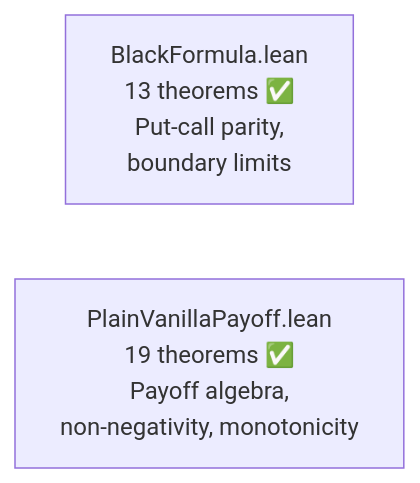
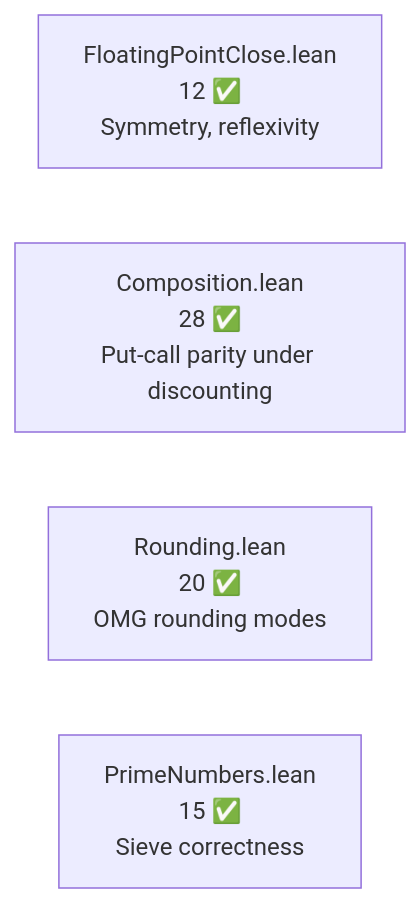
Before and after one commit to dsyme/QuantLib: the sixth of 8 diagrams in formal-verification/REPORT.md, drawn with Mermaid. The commit also changed other lines of this file and 1 other file, not shown here.

````diff
--- a/formal-verification/REPORT.md
+++ b/formal-verification/REPORT.md
@@ -162,5 +142,7 @@
 ```mermaid
 graph LR
-    F9["BlackFormula.lean<br/>13 theorems ✅<br/>Put-call parity,<br/>boundary limits"]
-    F10["PlainVanillaPayoff.lean<br/>19 theorems ✅<br/>Payoff algebra,<br/>non-negativity, monotonicity"]
+    F1["FloatingPointClose.lean<br/>12 ✅<br/>Symmetry, reflexivity"]
+    F2["Composition.lean<br/>28 ✅<br/>Put-call parity under discounting"]
+    F3["Rounding.lean<br/>20 ✅<br/>OMG rounding modes"]
+    F4["PrimeNumbers.lean<br/>15 ✅<br/>Sieve correctness"]
 ```
````
